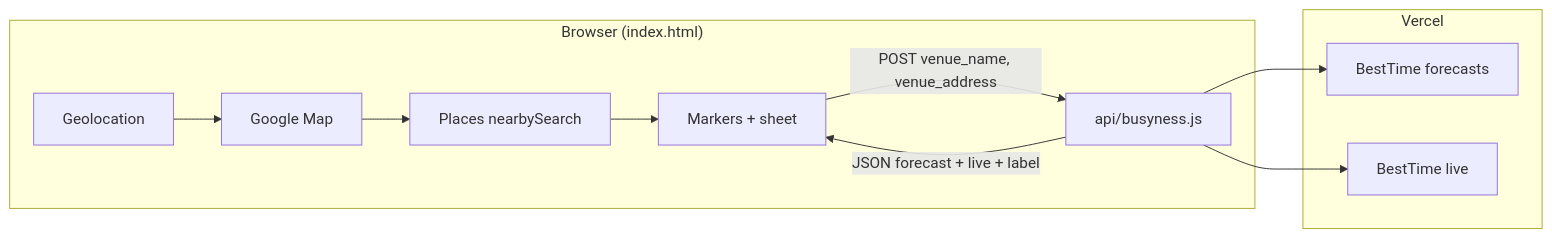
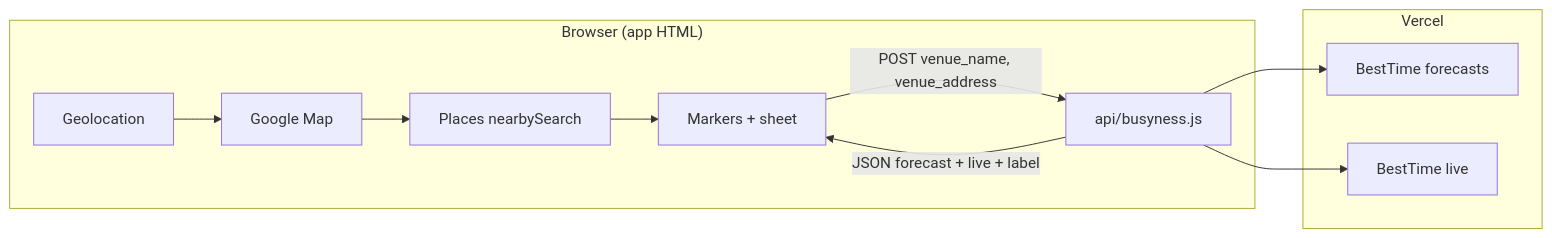
Before and after one commit to aibraincoach/quiet-cup: the diagram in planning.md, drawn with Mermaid. The commit also changed other lines of this file and 3 other files, not shown here.

Commit message:
docs: align PRD/planning with index.template.html and /api SPA routing

````diff
--- a/planning.md
+++ b/planning.md
@@ -52,21 +53,21 @@
 ```mermaid
 flowchart LR
-  subgraph Client["Browser (index.html)"]
+  subgraph Client["Browser (app HTML)"]
     Geo[Geolocation]
     Map[Google Map]
     PS[Places nearbySearch]
     M[Markers + sheet]
     Geo --> Map
     Map --> PS
     PS --> M
     M -->|POST venue_name, venue_address| API
   end
   subgraph Vercel["Vercel"]
     API["api/busyness.js"]
     BT1[BestTime forecasts]
     BT2[BestTime live]
     API --> BT1
     API --> BT2
   end
   API -->|JSON forecast + live + label| M
 ```
````
